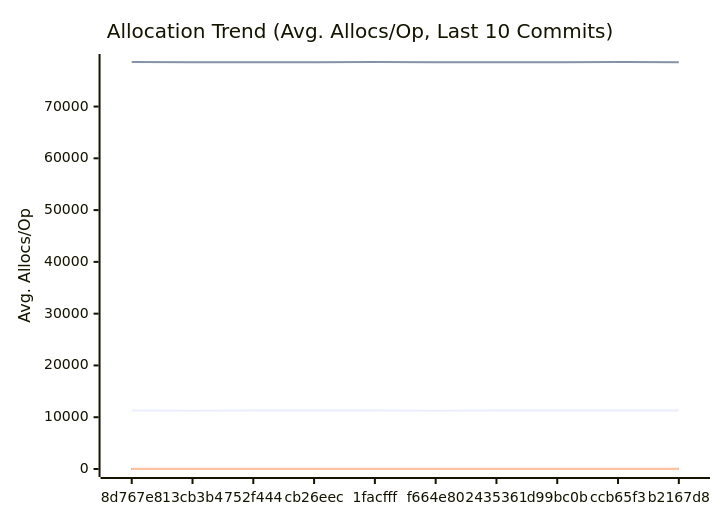
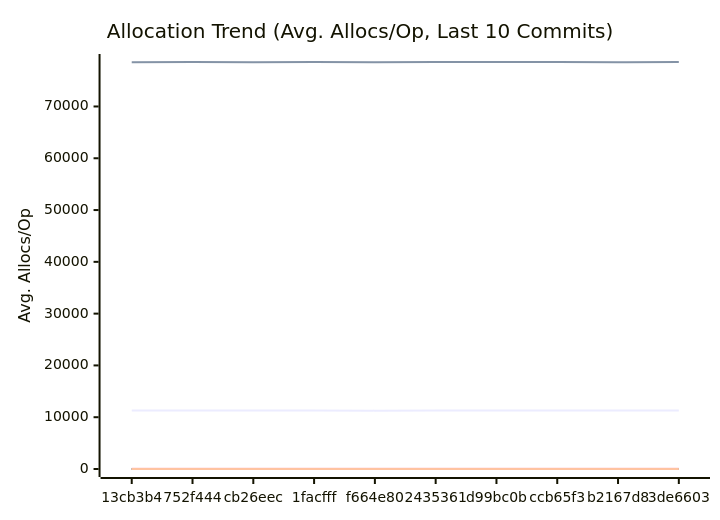
Before and after one commit to alsotoes/momo: the third of 3 diagrams in docs/PERFORMANCE.md, drawn with Mermaid. The commit also changed other lines of this file and 12 other files, not shown here.

````diff
--- a/docs/PERFORMANCE.md
+++ b/docs/PERFORMANCE.md
@@ -197,20 +197,20 @@
 ```mermaid
 xychart-beta
     title "Allocation Trend (Avg. Allocs/Op, Last 10 Commits)"
     x-axis "Commit"
     y-axis "Avg. Allocs/Op"
-    x-axis [8d767e8,13cb3b4,752f444,cb26eec,1facfff,f664e80,2435361,d99bc0b,ccb65f3,b2167d8]
-    line "AWSChunkedReaderSigned" [11297,11272,11275,11298,11308,11270,11298,11294,11296,11294]
-    line "AWSChunkedReaderUnsigned" [78602,78562,78568,78562,78579,78560,78566,78574,78587,78561]
+    x-axis [13cb3b4,752f444,cb26eec,1facfff,f664e80,2435361,d99bc0b,ccb65f3,b2167d8,3de6603]
+    line "AWSChunkedReaderSigned" [11272,11275,11298,11308,11270,11298,11294,11296,11294,11282]
+    line "AWSChunkedReaderUnsigned" [78562,78568,78562,78579,78560,78566,78574,78587,78561,78563]
     line "CheckMetricsAndSwap" [0,0,0,0,0,0,0,0,0,0]
     line "CrushOptimized" [0,0,0,0,0,0,0,0,0,0]
     line "CrushOriginal" [3,3,3,3,3,3,3,3,3,3]
     line "IndexDirectTracking" [0,0,0,0,0,0,0,0,0,0]
     line "IndexSearch" [0,0,0,0,0,0,0,0,0,0]
     line "LoadGlobalConfig" [54,54,54,54,54,54,54,54,54,54]
     line "PadString" [1,1,1,1,1,1,1,1,1,1]
     line "ParseReplicationOrder_NoPrealloc" [6,6,6,6,6,5,5,5,5,5]
     line "ParseReplicationOrder_Prealloc" [2,2,2,2,2,1,1,1,1,1]
     line "SanitizeLog/Safe" [0,0,0,0,0,0,0,0,0,0]
     line "SanitizeLog/Unsafe" [1,1,1,1,1,1,1,1,1,1]
 ```
````
